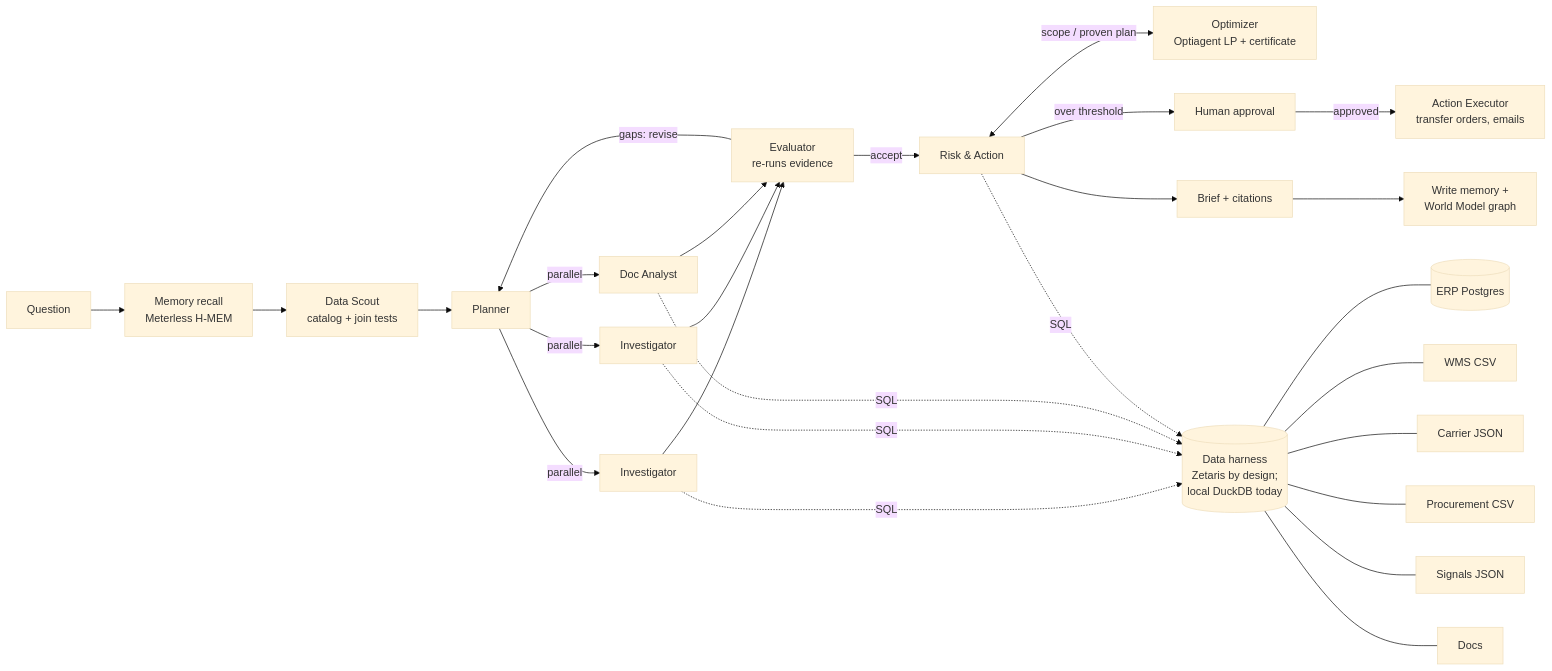
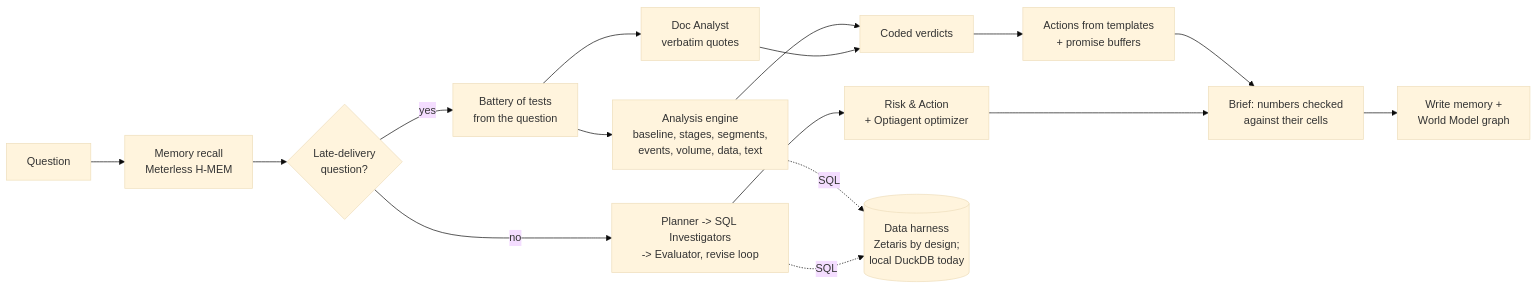
Before and after one commit to Dakshhhhh-ops/whychain: the diagram in README.md, drawn with Mermaid (base theme). The commit also changed other lines of this file, not shown here.

Commit message:
README: the new architecture (analysis engine + agents), its limits, repository layout

````diff
--- a/README.md
+++ b/README.md
@@ -58,19 +71,16 @@
 ```mermaid
 flowchart LR
     Q[Question] --> M[Memory recall<br/>Meterless H-MEM]
-    M --> S[Data Scout<br/>catalog + join tests]
-    S --> P[Planner]
-    P -->|parallel| I1[Investigator]
-    P -->|parallel| I2[Investigator]
-    P -->|parallel| D[Doc Analyst]
-    I1 & I2 & D --> E[Evaluator<br/>re-runs evidence]
-    E -->|gaps: revise| P
-    E -->|accept| R[Risk & Action]
-    R <-->|scope / proven plan| O[Optimizer<br/>Optiagent LP + certificate]
-    R -->|over threshold| H[Human approval]
-    H -->|approved| X[Action Executor<br/>transfer orders, emails]
-    R --> B[Brief + citations]
-    B --> W[Write memory +<br/>World Model graph]
-    I1 & I2 & D & R -. SQL .-> Z[(Data harness<br/>Zetaris by design;<br/>local DuckDB today)]
-    Z --- PG[(ERP Postgres)] & F1[WMS CSV] & F2[Carrier JSON] & F3[Procurement CSV] & F4[Signals JSON] & F5[Docs]
+    M --> P{Late-delivery<br/>question?}
+    P -->|yes| B[Battery of tests<br/>from the question]
+    B --> AE[Analysis engine<br/>baseline, stages, segments,<br/>events, volume, data, text]
+    B --> D[Doc Analyst<br/>verbatim quotes]
+    AE --> V[Coded verdicts]
+    D --> V
+    V --> A1[Actions from templates<br/>+ promise buffers]
+    P -->|no| L[Planner -> SQL Investigators<br/>-> Evaluator, revise loop]
+    L --> A2[Risk & Action<br/>+ Optiagent optimizer]
+    A1 & A2 --> R[Brief: numbers checked<br/>against their cells]
+    R --> W[Write memory +<br/>World Model graph]
+    AE & L -. SQL .-> Z[(Data harness<br/>Zetaris by design;<br/>local DuckDB today)]
 ```
````
